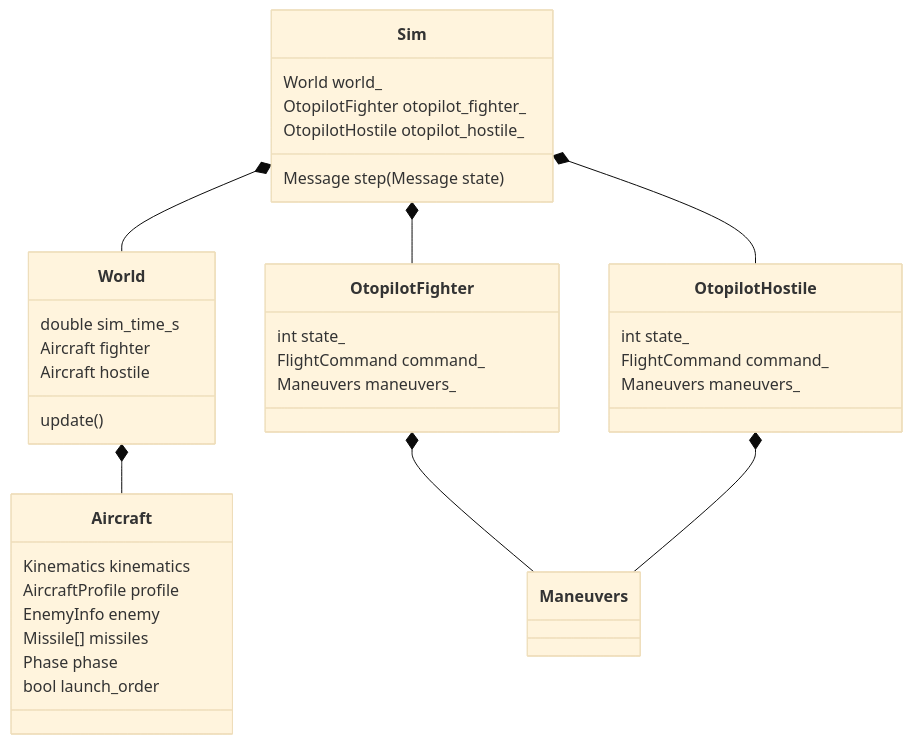
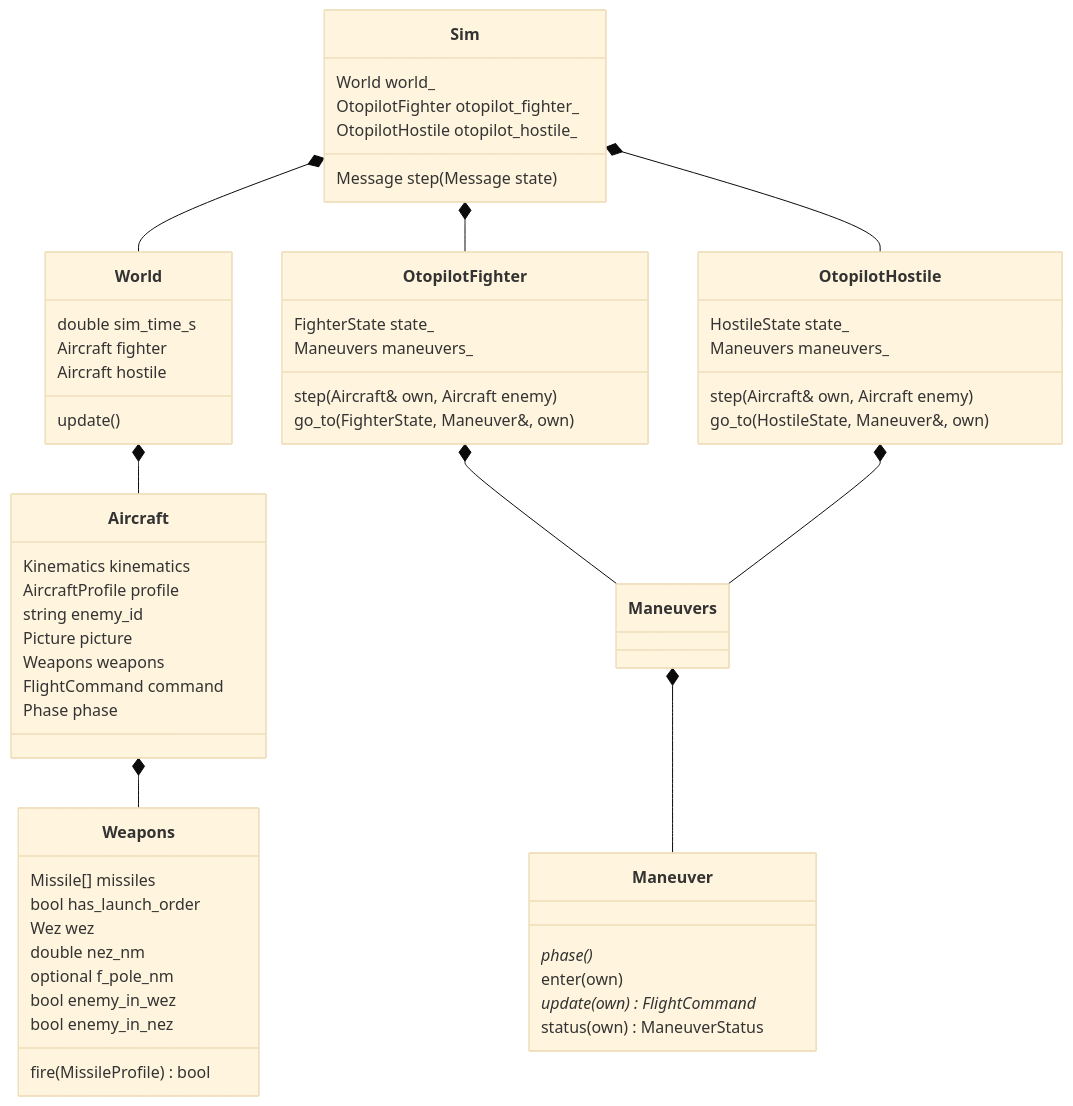
Before and after one commit to batoddy/BVR-Fight-Project: the diagram in docs/mimari/OTOPILOT_MIMARISI.md, drawn with Mermaid (base theme). The commit also changed other lines of this file and 57 other files, not shown here.

````diff
--- a/docs/mimari/OTOPILOT_MIMARISI.md
+++ b/docs/mimari/OTOPILOT_MIMARISI.md
@@ -9,39 +21,60 @@
 ```mermaid
 classDiagram
     class Sim {
         World world_
         OtopilotFighter otopilot_fighter_
         OtopilotHostile otopilot_hostile_
         Message step(Message state)
     }
     class World {
         double sim_time_s
         Aircraft fighter
         Aircraft hostile
         update()
     }
-    class OtopilotFighter {
-        int state_
-        FlightCommand command_
-        Maneuvers maneuvers_
-    }
-    class OtopilotHostile {
-        int state_
-        FlightCommand command_
-        Maneuvers maneuvers_
-    }
     class Aircraft {
         Kinematics kinematics
         AircraftProfile profile
-        EnemyInfo enemy
+        string enemy_id
+        Picture picture
+        Weapons weapons
+        FlightCommand command
+        Phase phase
+    }
+    class Weapons {
         Missile[] missiles
-        Phase phase
-        bool launch_order
+        bool has_launch_order
+        Wez wez
+        double nez_nm
+        optional f_pole_nm
+        bool enemy_in_wez
+        bool enemy_in_nez
+        fire(MissileProfile) bool
+    }
+    class OtopilotFighter {
+        FighterState state_
+        Maneuvers maneuvers_
+        step(Aircraft& own, Aircraft enemy)
+        go_to(FighterState, Maneuver&, own)
+    }
+    class OtopilotHostile {
+        HostileState state_
+        Maneuvers maneuvers_
+        step(Aircraft& own, Aircraft enemy)
+        go_to(HostileState, Maneuver&, own)
+    }
+    class Maneuver {
+        phase()*
+        enter(own)
+        update(own)* FlightCommand
+        status(own) ManeuverStatus
     }
     Sim *-- World
     Sim *-- OtopilotFighter
     Sim *-- OtopilotHostile
     World *-- Aircraft
+    Aircraft *-- Weapons
     OtopilotFighter *-- Maneuvers
     OtopilotHostile *-- Maneuvers
+    Maneuvers *-- Maneuver
 ```
````
